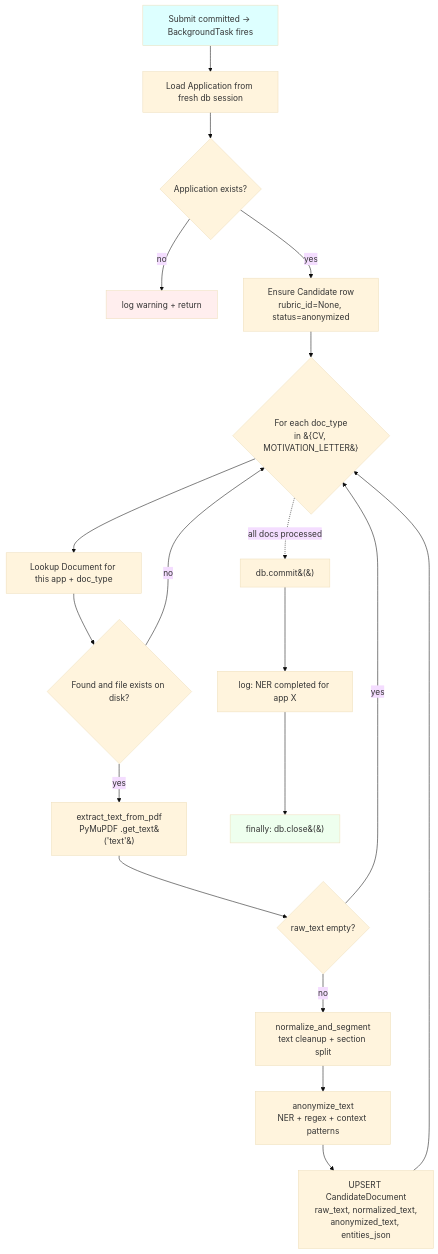
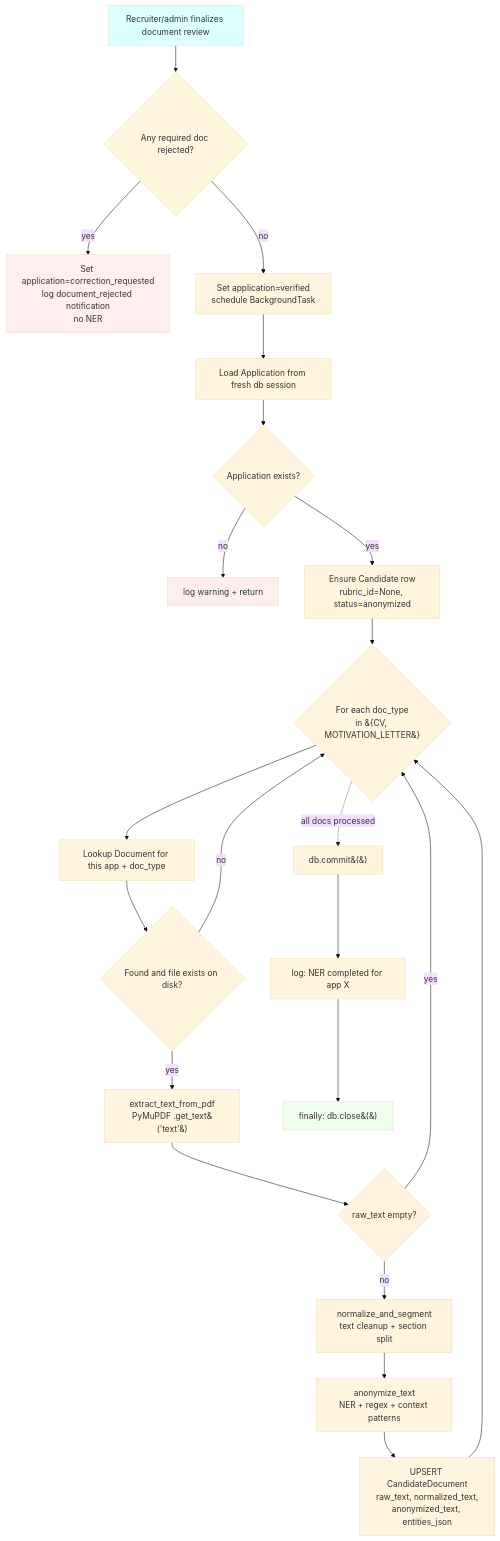
One commit to istgrudd/screenai-lab changed the seventh of 12 diagrams in docs/FLOW_DIAGRAMS.md. Above: the diagram before and after it, drawn with Mermaid (base theme). The commit also changed other lines of this file and 11 other files, not shown here.

````diff
--- a/docs/FLOW_DIAGRAMS.md
+++ b/docs/FLOW_DIAGRAMS.md
@@ -290,27 +288,31 @@
 ```mermaid
 flowchart TD
-    A[Submit committed → BackgroundTask fires] --> B[Load Application from fresh db session]
+    A[Recruiter/admin finalizes document review] --> A1{Any required doc rejected?}
+    A1 -- yes --> R[Set application=correction_requested<br/>log document_rejected notification<br/>no NER]
+    A1 -- no --> A2[Set application=verified<br/>schedule BackgroundTask]
+    A2 --> B[Load Application from fresh db session]
     B --> C{Application exists?}
     C -- no --> Z[log warning + return]
     C -- yes --> D[Ensure Candidate row<br/>rubric_id=None, status=anonymized]
 
     D --> E{For each doc_type<br/>in &#123;CV, MOTIVATION_LETTER&#125;}
     E --> F[Lookup Document for this app + doc_type]
     F --> G{Found and file exists on disk?}
     G -- no --> E
     G -- yes --> H[extract_text_from_pdf<br/>PyMuPDF .get_text&#40;'text'&#41;]
     H --> I{raw_text empty?}
     I -- yes --> E
     I -- no --> J[normalize_and_segment<br/>text cleanup + section split]
     J --> K[anonymize_text<br/>NER + regex + context patterns]
     K --> L[UPSERT CandidateDocument<br/>raw_text, normalized_text,<br/>anonymized_text, entities_json]
     L --> E
 
     E -. all docs processed .-> M[db.commit&#40;&#41;]
     M --> N[log: NER completed for app X]
     N --> Z2[finally: db.close&#40;&#41;]
 
     style A fill:#dff
+    style R fill:#fee
     style Z fill:#fee
     style Z2 fill:#efe
 ```
````
